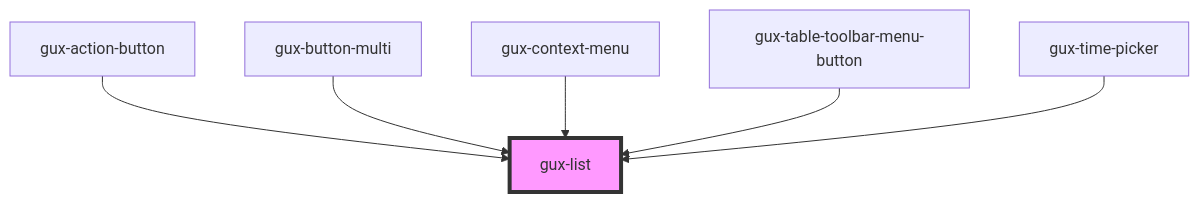
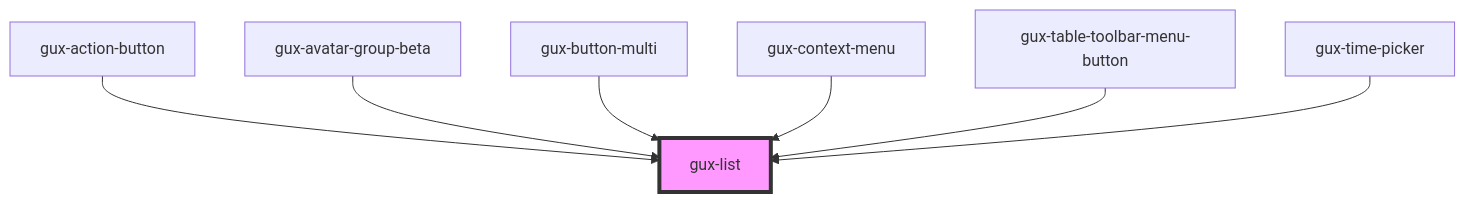
One commit to MyPureCloud/genesys-spark changed the diagram in packages/genesys-spark-components/src/components/stable/gux-list/readme.md. Above: the diagram before and after it, drawn with Mermaid. The commit also changed other lines of this file and 10 other files, not shown here.

Commit message:
chore(avatar-group): keyboard navigation first attempt

````diff
--- a/packages/genesys-spark-components/src/components/stable/gux-list/readme.md
+++ b/packages/genesys-spark-components/src/components/stable/gux-list/readme.md
@@ -72,9 +73,10 @@
 ```mermaid
 graph TD;
   gux-action-button --> gux-list
+  gux-avatar-group-beta --> gux-list
   gux-button-multi --> gux-list
   gux-context-menu --> gux-list
   gux-table-toolbar-menu-button --> gux-list
   gux-time-picker --> gux-list
   style gux-list fill:#f9f,stroke:#333,stroke-width:4px
 ```
````
